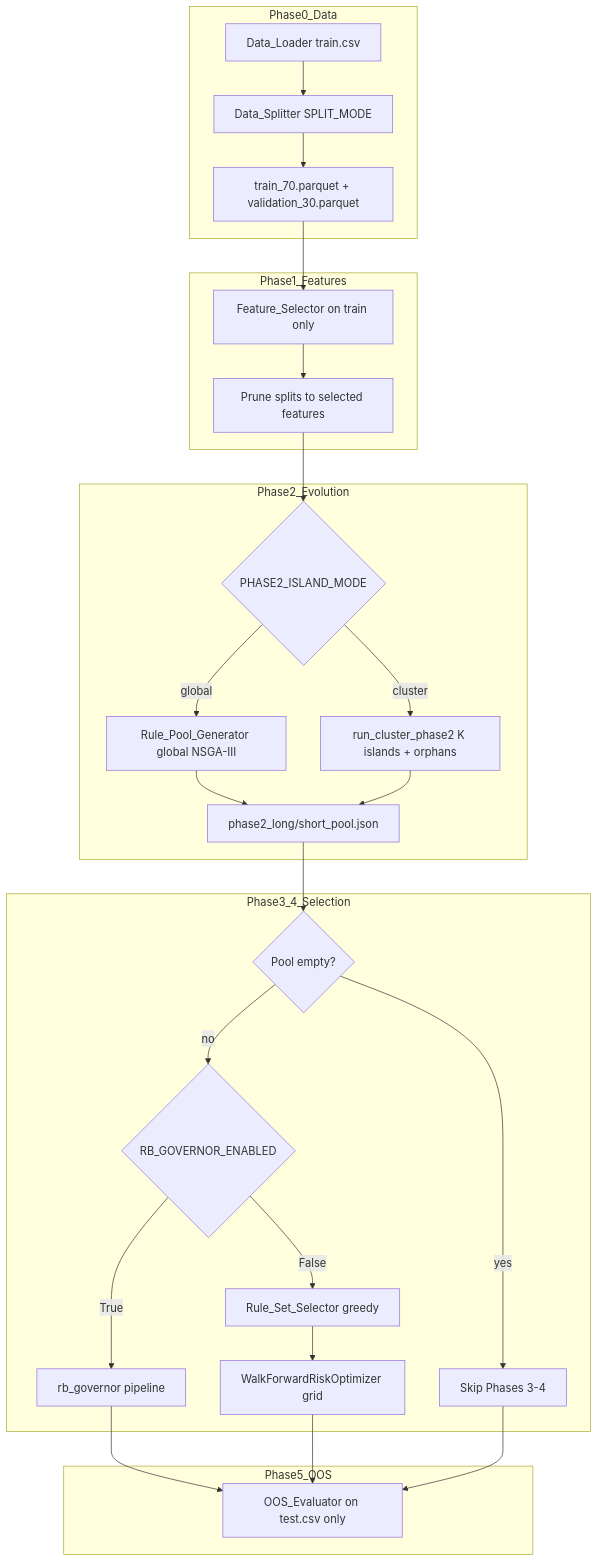
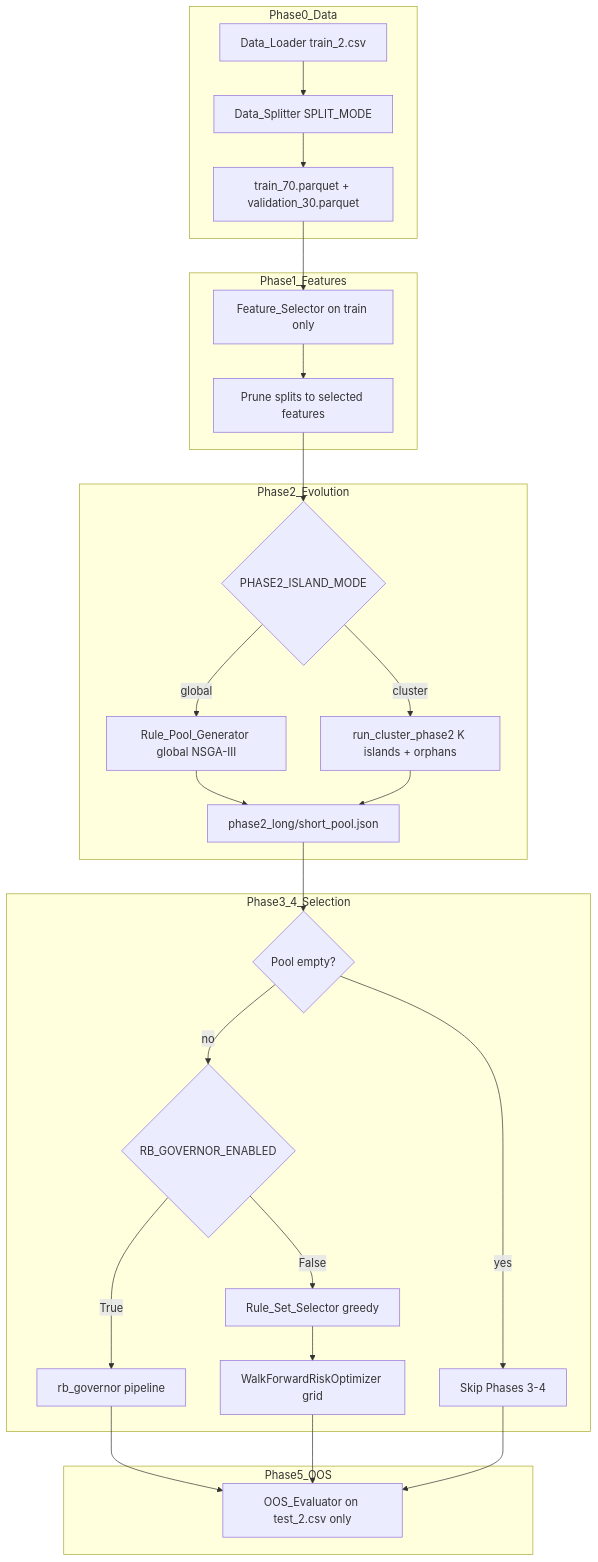
Before and after one commit to m-danaee/trading_platform: the second of 3 diagrams in README.md, drawn with Mermaid. The commit also changed other lines of this file and 18 other files, not shown here.

First line of the commit message:
Unify train_2.csv parquet cache validation across pipeline phases.

````diff
--- a/README.md
+++ b/README.md
@@ -71,48 +71,48 @@
 ```mermaid
 flowchart TD
     subgraph phase0 [Phase0_Data]
-        Load[Data_Loader train.csv]
+        Load[Data_Loader train_2.csv]
         Split[Data_Splitter SPLIT_MODE]
         Parquet[train_70.parquet + validation_30.parquet]
         Load --> Split --> Parquet
     end
 
     subgraph phase1 [Phase1_Features]
         FS[Feature_Selector on train only]
         Prune[Prune splits to selected features]
         Parquet --> FS --> Prune
     end
 
     subgraph phase2 [Phase2_Evolution]
         Branch{PHASE2_ISLAND_MODE}
         Global[Rule_Pool_Generator global NSGA-III]
         Cluster[run_cluster_phase2 K islands + orphans]
         Branch -->|global| Global
         Branch -->|cluster| Cluster
         Pool[phase2_long/short_pool.json]
         Global --> Pool
         Cluster --> Pool
     end
 
     Prune --> Branch
 
     subgraph phase34 [Phase3_4_Selection]
         Empty{Pool empty?}
         RB{RB_GOVERNOR_ENABLED}
         P3[Rule_Set_Selector greedy]
         P4[WalkForwardRiskOptimizer grid]
         Gov[rb_governor pipeline]
         Pool --> Empty
         Empty -->|yes| Skip34[Skip Phases 3-4]
         Empty -->|no| RB
         RB -->|True| Gov
         RB -->|False| P3 --> P4
     end
 
     subgraph phase5 [Phase5_OOS]
-        OOS[OOS_Evaluator on test.csv only]
+        OOS[OOS_Evaluator on test_2.csv only]
         Gov --> OOS
         P4 --> OOS
         Skip34 --> OOS
     end
 ```
````
